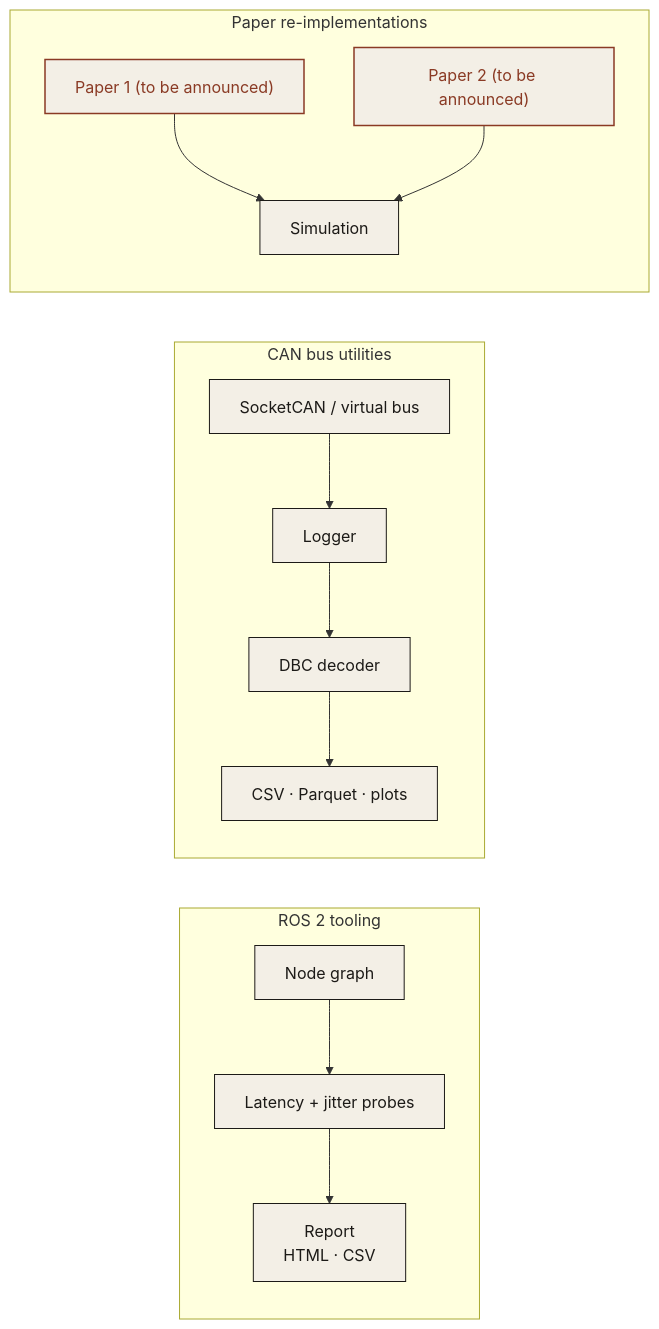
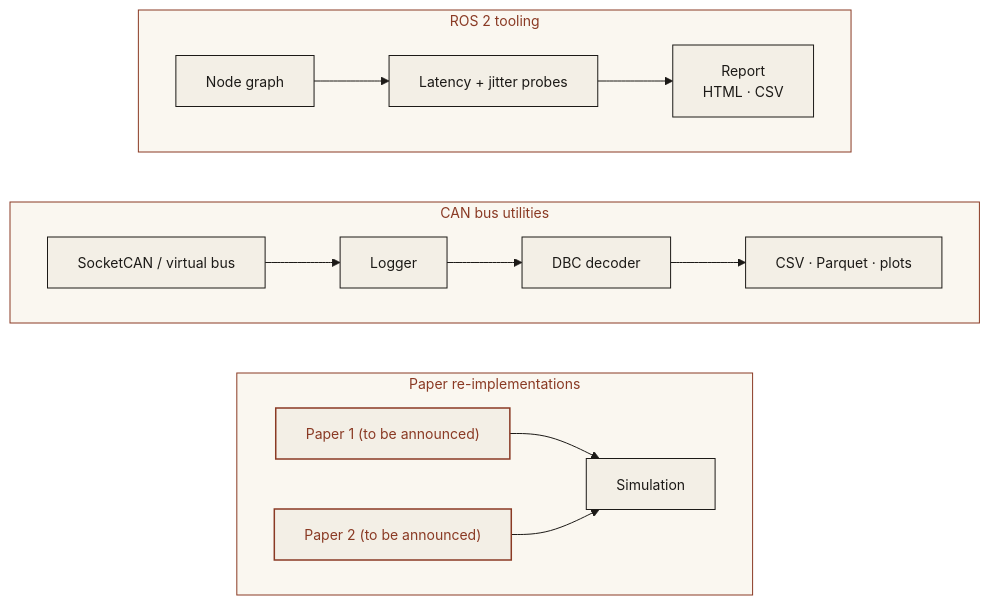
One commit to ModelShifts/robotics-lab changed the diagram in README.md. Above: the diagram before and after it, drawn with Mermaid.

Commit message:
Tidy architecture diagram layout and theme

````diff
--- a/README.md
+++ b/README.md
@@ -24,22 +24,25 @@
 ```mermaid
-flowchart LR
+%%{init: {"theme":"base","flowchart":{"curve":"basis","wrappingWidth":260},"themeVariables":{"fontFamily":"Georgia, Times New Roman, serif","fontSize":"14px","primaryColor":"#f3efe6","primaryTextColor":"#1c1a17","primaryBorderColor":"#1c1a17","lineColor":"#1c1a17","clusterBkg":"#faf7f0","clusterBorder":"#8a3a24","titleColor":"#8a3a24","edgeLabelBackground":"#f3efe6"}}}%%
+flowchart TB
   subgraph ROS["ROS 2 tooling"]
-    direction TB
+    direction LR
     N1["Node graph"]:::ink --> LT["Latency + jitter probes"]:::ink
     LT --> RP["Report<br/>HTML · CSV"]:::ink
   end
   subgraph CAN["CAN bus utilities"]
-    direction TB
+    direction LR
     B["SocketCAN / virtual bus"]:::ink --> LG["Logger"]:::ink
     LG --> DC["DBC decoder"]:::ink
     DC --> EXP["CSV · Parquet · plots"]:::ink
   end
   subgraph PAP["Paper re-implementations"]
-    direction TB
+    direction LR
     P1["Paper 1 (to be announced)"]:::rust --> SIM["Simulation"]:::ink
     P2["Paper 2 (to be announced)"]:::rust --> SIM
   end
+  ROS ~~~ CAN ~~~ PAP
 
+  classDef cl fill:#faf7f0,stroke:#8a3a24,stroke-dasharray:4 3,color:#8a3a24;
   classDef ink fill:#f3efe6,stroke:#1c1a17,color:#1c1a17,stroke-width:1px;
   classDef rust fill:#f3efe6,stroke:#8a3a24,color:#8a3a24,stroke-width:1.5px;
 ```
````
